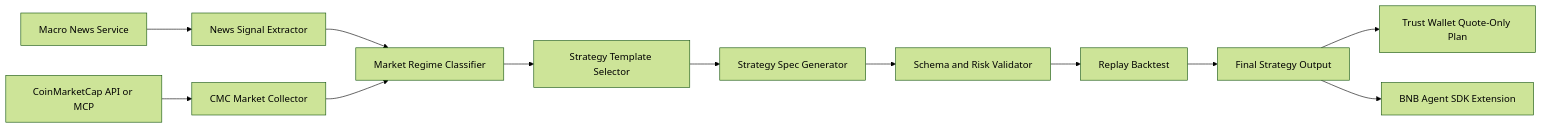
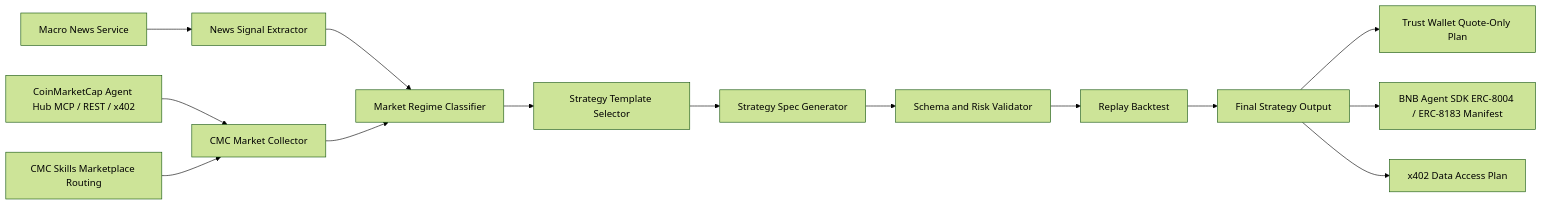
One commit to theconomicat/MacroPulse-Strategy-Skill changed the diagram in README.md. Above: the diagram before and after it, drawn with Mermaid (forest theme). The commit also changed other lines of this file and 22 other files, not shown here.

````diff
--- a/README.md
+++ b/README.md
@@ -65,14 +68,16 @@
 ```mermaid
 flowchart LR
     A["Macro News Service"] --> B["News Signal Extractor"]
-    C["CoinMarketCap API or MCP"] --> D["CMC Market Collector"]
+    C["CoinMarketCap Agent Hub MCP / REST / x402"] --> D["CMC Market Collector"]
+    M["CMC Skills Marketplace Routing"] --> D
     B --> E["Market Regime Classifier"]
     D --> E
     E --> F["Strategy Template Selector"]
     F --> G["Strategy Spec Generator"]
     G --> H["Schema and Risk Validator"]
     H --> I["Replay Backtest"]
     I --> J["Final Strategy Output"]
     J --> K["Trust Wallet Quote-Only Plan"]
-    J --> L["BNB Agent SDK Extension"]
+    J --> L["BNB Agent SDK ERC-8004 / ERC-8183 Manifest"]
+    J --> N["x402 Data Access Plan"]
 ```
````
